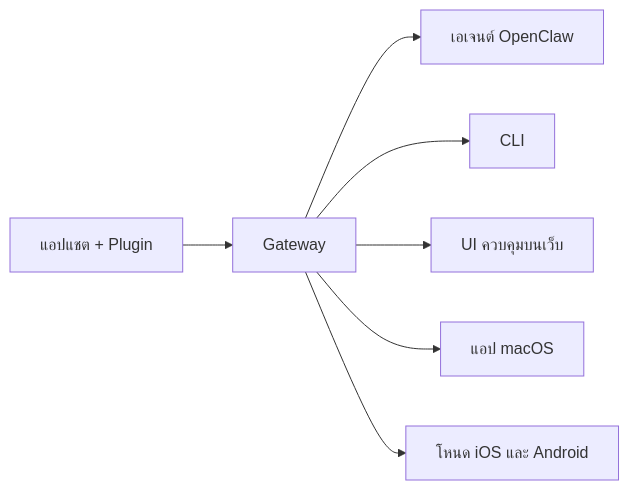
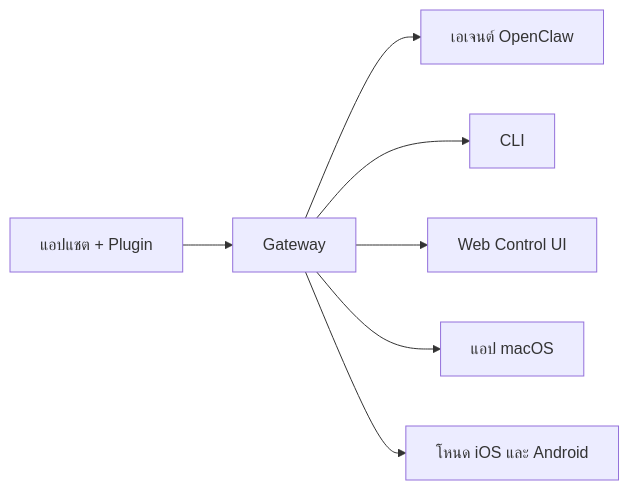
Before and after one commit to openclaw/docs: the diagram in docs/th/index.md, drawn with Mermaid. The commit also changed other lines of this file and 6121 other files, not shown here.

````diff
--- a/docs/th/index.md
+++ b/docs/th/index.md
@@ -113,9 +114,9 @@
 ```mermaid
 flowchart LR
   A["แอปแชต + Plugin"] --> B["Gateway"]
   B --> C["เอเจนต์ OpenClaw"]
   B --> D["CLI"]
-  B --> E["UI ควบคุมบนเว็บ"]
+  B --> E["Web Control UI"]
   B --> F["แอป macOS"]
   B --> G["โหนด iOS และ Android"]
 ```
````
